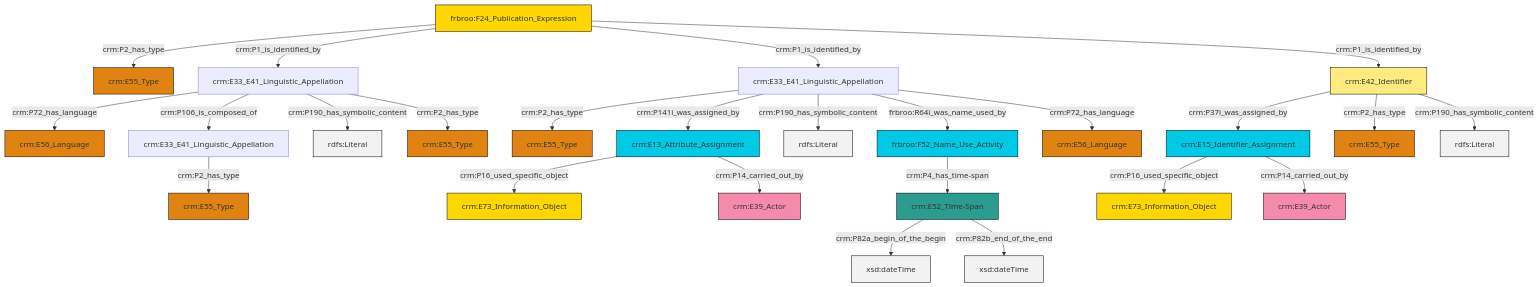
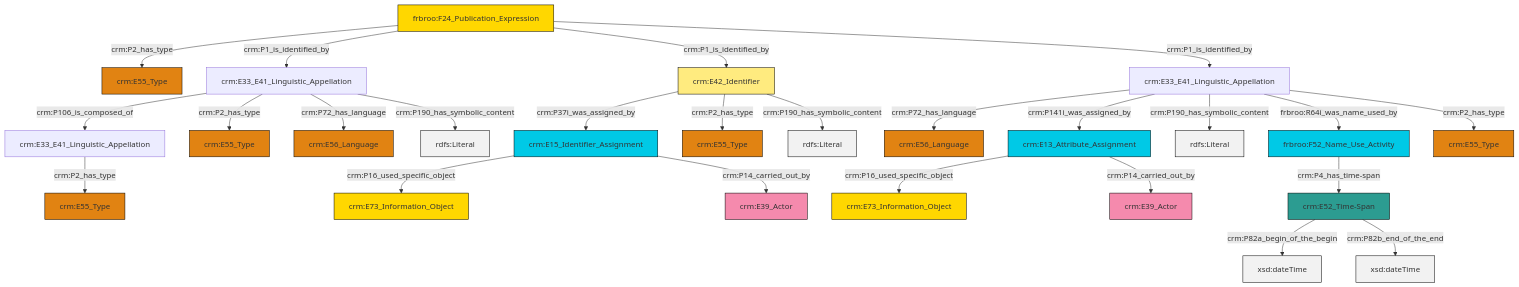
One commit to swiss-art-research-net/reference-data-models changed the diagram in et/biblioCSV/ttl/mmd/biblio_name.ttl.mmd. Above: the diagram before and after it, drawn with Mermaid. The commit also changed 130 other files, not shown here.

```diff
--- a/et/biblioCSV/ttl/mmd/biblio_name.ttl.mmd
+++ b/et/biblioCSV/ttl/mmd/biblio_name.ttl.mmd
@@ -1,39 +1,39 @@
 graph TD
 classDef Literal fill:#f2f2f2,stroke:#000000;
 classDef CRM_Entity fill:#FFFFFF,stroke:#000000;
 classDef Temporal_Entity fill:#00C9E6, stroke:#000000;
 classDef Type fill:#E18312, stroke:#000000;
 classDef Time-Span fill:#2C9C91, stroke:#000000;
 classDef Appellation fill:#FFEB7F, stroke:#000000;
 classDef Place fill:#008836, stroke:#000000;
 classDef Persistent_Item fill:#B266B2, stroke:#000000;
 classDef Conceptual_Object fill:#FFD700, stroke:#000000;
 classDef Physical_Thing fill:#D2B48C, stroke:#000000;
 classDef Actor fill:#f58aad, stroke:#000000;
 classDef PC_Classes fill:#4ce600, stroke:#000000;
 classDef Multi fill:#cccccc,stroke:#000000;
 
-2["crm:E52_Time-Span"]:::Time-Span -->|crm:P82a_begin_of_the_begin| 3[xsd:dateTime]:::Literal
-4["crm:E33_E41_Linguistic_Appellation"]:::Default -->|crm:P2_has_type| 5["crm:E55_Type"]:::Type
-0["frbroo:F24_Publication_Expression"]:::Conceptual_Object -->|crm:P2_has_type| 6["crm:E55_Type"]:::Type
-7["crm:E42_Identifier"]:::Appellation -->|crm:P37i_was_assigned_by| 8["crm:E15_Identifier_Assignment"]:::Temporal_Entity
-0["frbroo:F24_Publication_Expression"]:::Conceptual_Object -->|crm:P1_is_identified_by| 9["crm:E33_E41_Linguistic_Appellation"]:::Default
-10["frbroo:F52_Name_Use_Activity"]:::Temporal_Entity -->|crm:P4_has_time-span| 2["crm:E52_Time-Span"]:::Time-Span
-9["crm:E33_E41_Linguistic_Appellation"]:::Default -->|crm:P72_has_language| 13["crm:E56_Language"]:::Type
-4["crm:E33_E41_Linguistic_Appellation"]:::Default -->|crm:P141i_was_assigned_by| 14["crm:E13_Attribute_Assignment"]:::Temporal_Entity
-8["crm:E15_Identifier_Assignment"]:::Temporal_Entity -->|crm:P16_used_specific_object| 18["crm:E73_Information_Object"]:::Conceptual_Object
-0["frbroo:F24_Publication_Expression"]:::Conceptual_Object -->|crm:P1_is_identified_by| 4["crm:E33_E41_Linguistic_Appellation"]:::Default
-4["crm:E33_E41_Linguistic_Appellation"]:::Default -->|crm:P190_has_symbolic_content| 19[rdfs:Literal]:::Literal
-20["crm:E33_E41_Linguistic_Appellation"]:::Default -->|crm:P2_has_type| 26["crm:E55_Type"]:::Type
-4["crm:E33_E41_Linguistic_Appellation"]:::Default -->|frbroo:R64i_was_name_used_by| 10["frbroo:F52_Name_Use_Activity"]:::Temporal_Entity
-14["crm:E13_Attribute_Assignment"]:::Temporal_Entity -->|crm:P16_used_specific_object| 28["crm:E73_Information_Object"]:::Conceptual_Object
-9["crm:E33_E41_Linguistic_Appellation"]:::Default -->|crm:P106_is_composed_of| 20["crm:E33_E41_Linguistic_Appellation"]:::Default
-14["crm:E13_Attribute_Assignment"]:::Temporal_Entity -->|crm:P14_carried_out_by| 29["crm:E39_Actor"]:::Actor
-7["crm:E42_Identifier"]:::Appellation -->|crm:P2_has_type| 35["crm:E55_Type"]:::Type
-9["crm:E33_E41_Linguistic_Appellation"]:::Default -->|crm:P190_has_symbolic_content| 36[rdfs:Literal]:::Literal
-7["crm:E42_Identifier"]:::Appellation -->|crm:P190_has_symbolic_content| 37[rdfs:Literal]:::Literal
-9["crm:E33_E41_Linguistic_Appellation"]:::Default -->|crm:P2_has_type| 16["crm:E55_Type"]:::Type
-2["crm:E52_Time-Span"]:::Time-Span -->|crm:P82b_end_of_the_end| 39[xsd:dateTime]:::Literal
-0["frbroo:F24_Publication_Expression"]:::Conceptual_Object -->|crm:P1_is_identified_by| 7["crm:E42_Identifier"]:::Appellation
-8["crm:E15_Identifier_Assignment"]:::Temporal_Entity -->|crm:P14_carried_out_by| 41["crm:E39_Actor"]:::Actor
-4["crm:E33_E41_Linguistic_Appellation"]:::Default -->|crm:P72_has_language| 24["crm:E56_Language"]:::Type
+0["crm:E42_Identifier"]:::Appellation -->|crm:P37i_was_assigned_by| 1["crm:E15_Identifier_Assignment"]:::Temporal_Entity
+2["crm:E33_E41_Linguistic_Appellation"]:::Default -->|crm:P106_is_composed_of| 3["crm:E33_E41_Linguistic_Appellation"]:::Default
+2["crm:E33_E41_Linguistic_Appellation"]:::Default -->|crm:P2_has_type| 6["crm:E55_Type"]:::Type
+11["crm:E13_Attribute_Assignment"]:::Temporal_Entity -->|crm:P16_used_specific_object| 12["crm:E73_Information_Object"]:::Conceptual_Object
+13["crm:E52_Time-Span"]:::Time-Span -->|crm:P82a_begin_of_the_begin| 14[xsd:dateTime]:::Literal
+1["crm:E15_Identifier_Assignment"]:::Temporal_Entity -->|crm:P16_used_specific_object| 15["crm:E73_Information_Object"]:::Conceptual_Object
+13["crm:E52_Time-Span"]:::Time-Span -->|crm:P82b_end_of_the_end| 16[xsd:dateTime]:::Literal
+1["crm:E15_Identifier_Assignment"]:::Temporal_Entity -->|crm:P14_carried_out_by| 17["crm:E39_Actor"]:::Actor
+2["crm:E33_E41_Linguistic_Appellation"]:::Default -->|crm:P72_has_language| 18["crm:E56_Language"]:::Type
+0["crm:E42_Identifier"]:::Appellation -->|crm:P2_has_type| 9["crm:E55_Type"]:::Type
+23["frbroo:F24_Publication_Expression"]:::Conceptual_Object -->|crm:P2_has_type| 4["crm:E55_Type"]:::Type
+24["crm:E33_E41_Linguistic_Appellation"]:::Default -->|crm:P72_has_language| 21["crm:E56_Language"]:::Type
+23["frbroo:F24_Publication_Expression"]:::Conceptual_Object -->|crm:P1_is_identified_by| 2["crm:E33_E41_Linguistic_Appellation"]:::Default
+34["frbroo:F52_Name_Use_Activity"]:::Temporal_Entity -->|crm:P4_has_time-span| 13["crm:E52_Time-Span"]:::Time-Span
+23["frbroo:F24_Publication_Expression"]:::Conceptual_Object -->|crm:P1_is_identified_by| 0["crm:E42_Identifier"]:::Appellation
+24["crm:E33_E41_Linguistic_Appellation"]:::Default -->|crm:P141i_was_assigned_by| 11["crm:E13_Attribute_Assignment"]:::Temporal_Entity
+24["crm:E33_E41_Linguistic_Appellation"]:::Default -->|crm:P190_has_symbolic_content| 38[rdfs:Literal]:::Literal
+23["frbroo:F24_Publication_Expression"]:::Conceptual_Object -->|crm:P1_is_identified_by| 24["crm:E33_E41_Linguistic_Appellation"]:::Default
+2["crm:E33_E41_Linguistic_Appellation"]:::Default -->|crm:P190_has_symbolic_content| 39[rdfs:Literal]:::Literal
+0["crm:E42_Identifier"]:::Appellation -->|crm:P190_has_symbolic_content| 43[rdfs:Literal]:::Literal
+24["crm:E33_E41_Linguistic_Appellation"]:::Default -->|frbroo:R64i_was_name_used_by| 34["frbroo:F52_Name_Use_Activity"]:::Temporal_Entity
+3["crm:E33_E41_Linguistic_Appellation"]:::Default -->|crm:P2_has_type| 27["crm:E55_Type"]:::Type
+11["crm:E13_Attribute_Assignment"]:::Temporal_Entity -->|crm:P14_carried_out_by| 19["crm:E39_Actor"]:::Actor
+24["crm:E33_E41_Linguistic_Appellation"]:::Default -->|crm:P2_has_type| 7["crm:E55_Type"]:::Type
```
